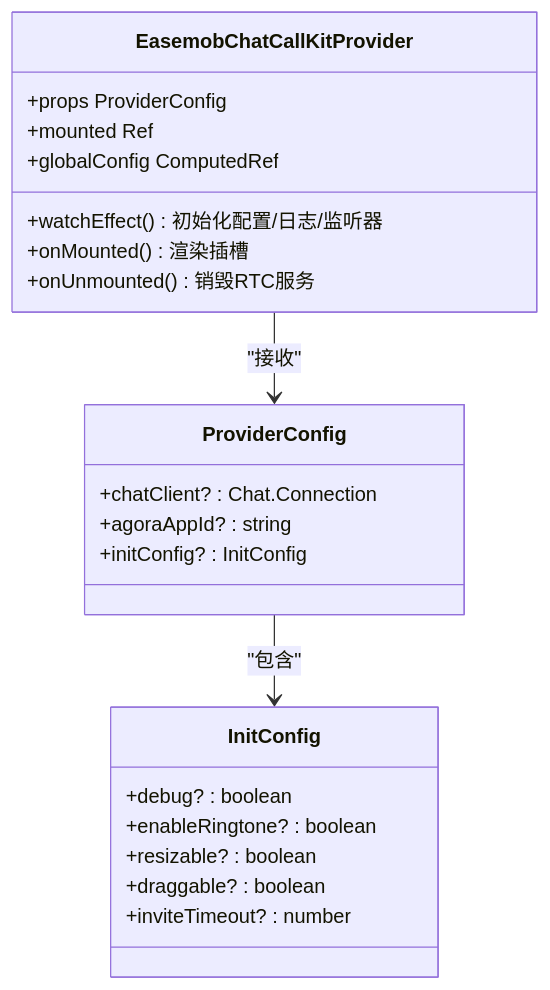
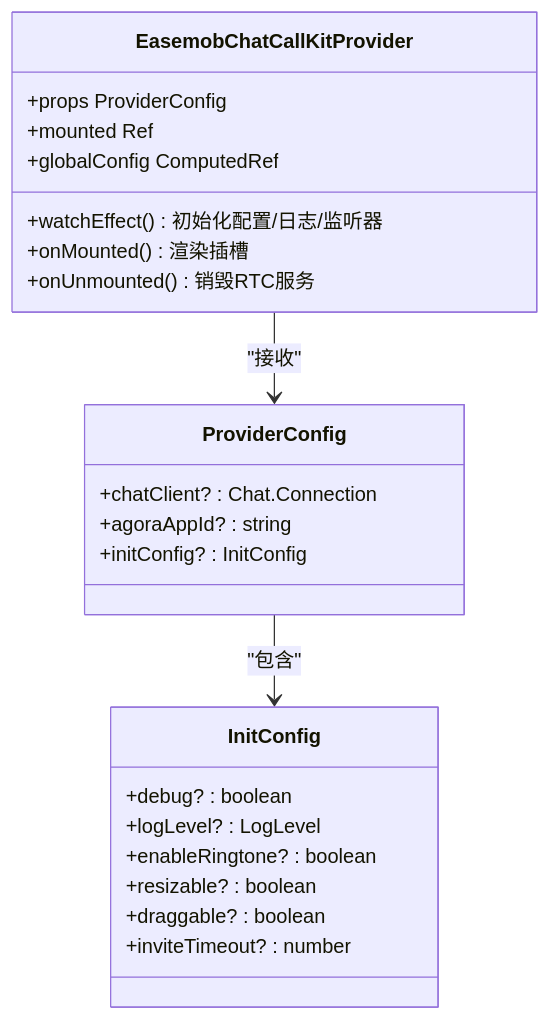
One commit to Easemob-Community/easemob-uikit-callkit-vue3 changed the third of 5 diagrams in .qoder/repowiki/zh/content/核心组件/Provider 组件.md. Above: the diagram before and after it, drawn with Mermaid. The commit also changed other lines of this file and 40 other files, not shown here.

````diff
--- a/.qoder/repowiki/zh/content/核心组件/Provider 组件.md
+++ b/.qoder/repowiki/zh/content/核心组件/Provider 组件.md
@@ -143,25 +153,26 @@
 ```mermaid
 classDiagram
 class EasemobChatCallKitProvider {
 +props ProviderConfig
 +mounted Ref<bool>
 +globalConfig ComputedRef
 +watchEffect() 初始化配置/日志/监听器
 +onMounted() 渲染插槽
 +onUnmounted() 销毁RTC服务
 }
 class ProviderConfig {
 +chatClient? : Chat.Connection
 +agoraAppId? : string
 +initConfig? : InitConfig
 }
 class InitConfig {
 +debug? : boolean
++logLevel? : LogLevel
 +enableRingtone? : boolean
 +resizable? : boolean
 +draggable? : boolean
 +inviteTimeout? : number
 }
 EasemobChatCallKitProvider --> ProviderConfig : "接收"
 ProviderConfig --> InitConfig : "包含"
 ```
````
